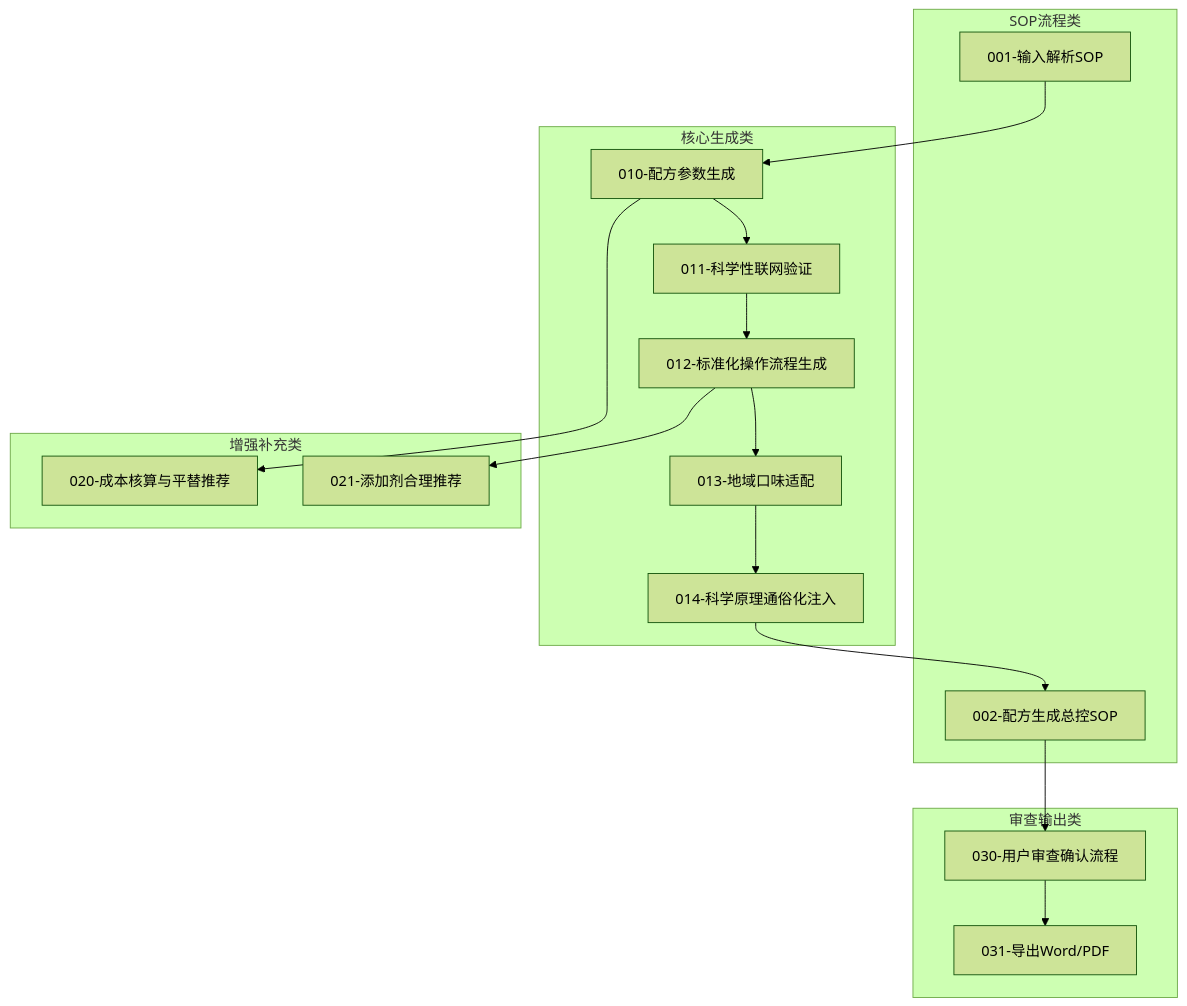
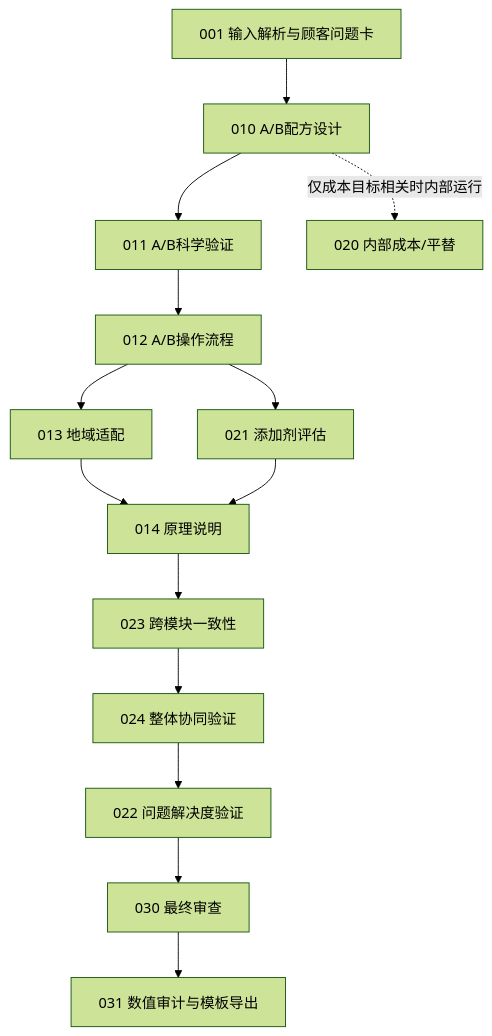
Before and after one commit to HONGFUXIAOFAN/-44444: the first of 2 diagrams in rules/rule-plan.md, drawn with Mermaid (forest theme). The commit also changed other lines of this file and 39 other files, not shown here.

````diff
--- a/rules/rule-plan.md
+++ b/rules/rule-plan.md
@@ -52,36 +52,16 @@
-```mermaid
+~~~mermaid
 graph TB
-    subgraph SOP流程类
-        S1[001-输入解析SOP]
-        S2[002-配方生成总控SOP]
-    end
-
-    subgraph 核心生成类
-        P1[010-配方参数生成]
-        P2[011-科学性联网验证]
-        P3[012-标准化操作流程生成]
-        P4[013-地域口味适配]
-        P5[014-科学原理通俗化注入]
-    end
-
-    subgraph 增强补充类
-        E1[020-成本核算与平替推荐]
-        E2[021-添加剂合理推荐]
-    end
-
-    subgraph 审查输出类
-        R1[030-用户审查确认流程]
-        R2[031-导出Word/PDF]
-    end
-
-    S1 --> P1
-    P1 --> P2
-    P2 --> P3
-    P3 --> P4
-    P4 --> P5
-    P5 --> S2
-    P1 --> E1
-    P3 --> E2
-    S2 --> R1
-    R1 --> R2
-```
+    S1[001 输入解析与顾客问题卡] --> P1[010 A/B配方设计]
+    P1 --> P2[011 A/B科学验证]
+    P1 -. 仅成本目标相关时内部运行 .-> E1[020 内部成本/平替]
+    P2 --> P3[012 A/B操作流程]
+    P3 --> E2[013 地域适配]
+    P3 --> E3[021 添加剂评估]
+    E2 --> P4[014 原理说明]
+    E3 --> P4
+    P4 --> V1[023 跨模块一致性]
+    V1 --> V2[024 整体协同验证]
+    V2 --> V3[022 问题解决度验证]
+    V3 --> R1[030 最终审查]
+    R1 --> R2[031 数值审计与模板导出]
+~~~
````
